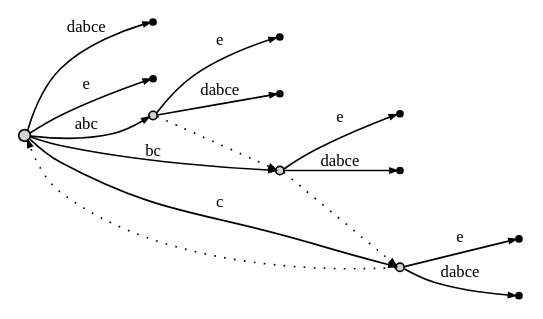
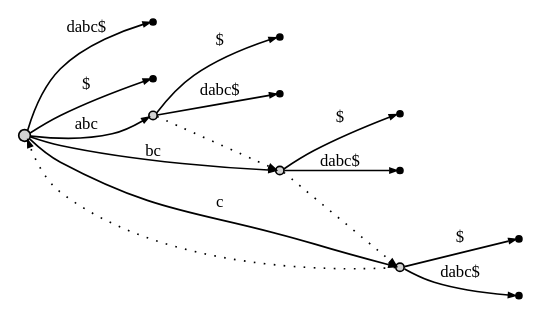
The diagram in __tests__/test.dot (yiminghe/suffix-tree), drawn with Graphviz before and after one commit. The commit also changed 6 other files, not shown here.

```diff
--- a/__tests__/test.dot
+++ b/__tests__/test.dot
@@ -1,34 +1,34 @@
 digraph {
 	rankdir = LR;
 	edge [arrowsize=0.4,fontsize=10]
 	node1 [label="",style=filled,fillcolor=lightgrey,shape=circle,width=.1,height=.1];
 //------leaves------
 	node7 [label="",shape=point]
 	node2 [label="",shape=point]
 	node9 [label="",shape=point]
 	node3 [label="",shape=point]
 	node11 [label="",shape=point]
 	node4 [label="",shape=point]
 	node5 [label="",shape=point]
 	node12 [label="",shape=point]
 //------internal nodes------
 	node6 [label="",style=filled,fillcolor=lightgrey,shape=circle,width=.07,height=.07]
 	node8 [label="",style=filled,fillcolor=lightgrey,shape=circle,width=.07,height=.07]
 	node10 [label="",style=filled,fillcolor=lightgrey,shape=circle,width=.07,height=.07]
 //------edges------
 	node1 -> node6 [label="abc",weight=3]
-	node6 -> node7 [label="e",weight=3]
-	node6 -> node2 [label="dabce",weight=3]
+	node6 -> node7 [label="$",weight=3]
+	node6 -> node2 [label="dabc$",weight=3]
 	node1 -> node8 [label="bc",weight=3]
-	node8 -> node9 [label="e",weight=3]
-	node8 -> node3 [label="dabce",weight=3]
+	node8 -> node9 [label="$",weight=3]
+	node8 -> node3 [label="dabc$",weight=3]
 	node1 -> node10 [label="c",weight=3]
-	node10 -> node11 [label="e",weight=3]
-	node10 -> node4 [label="dabce",weight=3]
-	node1 -> node5 [label="dabce",weight=3]
-	node1 -> node12 [label="e",weight=3]
+	node10 -> node11 [label="$",weight=3]
+	node10 -> node4 [label="dabc$",weight=3]
+	node1 -> node5 [label="dabc$",weight=3]
+	node1 -> node12 [label="$",weight=3]
 //------suffix links------
 	node6 -> node8 [label="",weight=1,style=dotted]
 	node8 -> node10 [label="",weight=1,style=dotted]
 	node10 -> node1 [label="",weight=1,style=dotted]
 }
```
